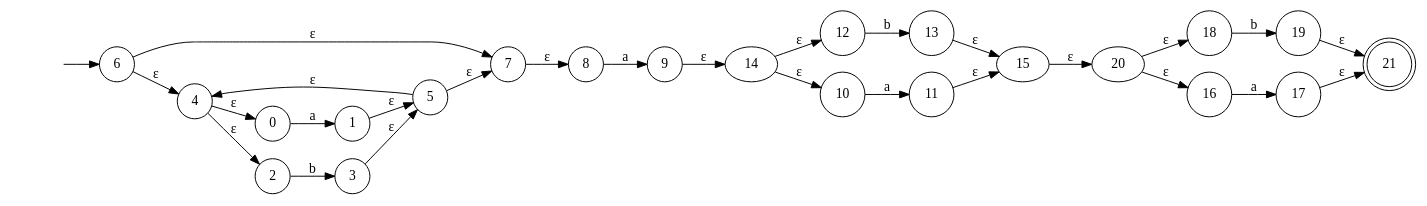
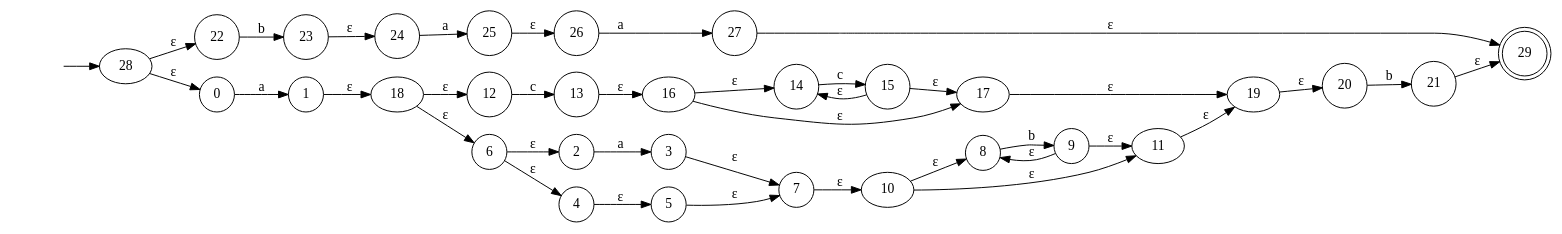
The diagram in NFA.gv (oscarparedez/compiler-project-1), drawn with Graphviz before and after one commit. The commit also changed 8 other files, not shown here.

```diff
--- a/NFA.gv
+++ b/NFA.gv
@@ -1,50 +1,64 @@
 digraph NFA {
 	graph [rankdir=LR]
 	"" [label="" shape=plaintext]
-	21 [label=21 shape=doublecircle]
+	29 [label=29 shape=doublecircle]
+	20 [label=20 shape=circle]
+	8 [label=8 shape=circle]
+	25 [label=25 shape=circle]
+	21 [label=21 shape=circle]
+	27 [label=27 shape=circle]
+	12 [label=12 shape=circle]
+	15 [label=15 shape=circle]
+	9 [label=9 shape=circle]
 	6 [label=6 shape=circle]
-	9 [label=9 shape=circle]
+	24 [label=24 shape=circle]
+	14 [label=14 shape=circle]
 	7 [label=7 shape=circle]
-	18 [label=18 shape=circle]
-	16 [label=16 shape=circle]
+	2 [label=2 shape=circle]
+	13 [label=13 shape=circle]
+	5 [label=5 shape=circle]
+	3 [label=3 shape=circle]
 	1 [label=1 shape=circle]
+	23 [label=23 shape=circle]
+	4 [label=4 shape=circle]
+	22 [label=22 shape=circle]
 	0 [label=0 shape=circle]
-	3 [label=3 shape=circle]
-	13 [label=13 shape=circle]
-	19 [label=19 shape=circle]
-	12 [label=12 shape=circle]
-	11 [label=11 shape=circle]
-	10 [label=10 shape=circle]
-	2 [label=2 shape=circle]
-	17 [label=17 shape=circle]
-	5 [label=5 shape=circle]
-	8 [label=8 shape=circle]
-	4 [label=4 shape=circle]
-	"" -> 6 [label=""]
-	15 -> 20 [label="ε"]
-	9 -> 14 [label="ε"]
-	7 -> 8 [label="ε"]
-	6 -> 7 [label="ε"]
+	26 [label=26 shape=circle]
+	"" -> 28 [label=""]
+	28 -> 22 [label="ε"]
+	28 -> 0 [label="ε"]
+	21 -> 29 [label="ε"]
+	27 -> 29 [label="ε"]
+	19 -> 20 [label="ε"]
+	1 -> 18 [label="ε"]
+	0 -> 1 [label=a]
+	18 -> 12 [label="ε"]
+	18 -> 6 [label="ε"]
+	11 -> 19 [label="ε"]
+	17 -> 19 [label="ε"]
+	7 -> 10 [label="ε"]
+	6 -> 2 [label="ε"]
 	6 -> 4 [label="ε"]
+	3 -> 7 [label="ε"]
 	5 -> 7 [label="ε"]
-	5 -> 4 [label="ε"]
-	4 -> 2 [label="ε"]
-	4 -> 0 [label="ε"]
-	1 -> 5 [label="ε"]
-	3 -> 5 [label="ε"]
-	0 -> 1 [label=a]
-	2 -> 3 [label=b]
-	8 -> 9 [label=a]
-	14 -> 12 [label="ε"]
-	14 -> 10 [label="ε"]
-	11 -> 15 [label="ε"]
-	13 -> 15 [label="ε"]
-	10 -> 11 [label=a]
-	12 -> 13 [label=b]
-	20 -> 16 [label="ε"]
-	20 -> 18 [label="ε"]
-	17 -> 21 [label="ε"]
-	19 -> 21 [label="ε"]
-	16 -> 17 [label=a]
-	18 -> 19 [label=b]
+	2 -> 3 [label=a]
+	4 -> 5 [label="ε"]
+	10 -> 8 [label="ε"]
+	10 -> 11 [label="ε"]
+	9 -> 8 [label="ε"]
+	9 -> 11 [label="ε"]
+	8 -> 9 [label=b]
+	13 -> 16 [label="ε"]
+	12 -> 13 [label=c]
+	16 -> 14 [label="ε"]
+	16 -> 17 [label="ε"]
+	15 -> 14 [label="ε"]
+	15 -> 17 [label="ε"]
+	14 -> 15 [label=c]
+	20 -> 21 [label=b]
+	25 -> 26 [label="ε"]
+	23 -> 24 [label="ε"]
+	22 -> 23 [label=b]
+	24 -> 25 [label=a]
+	26 -> 27 [label=a]
 }
```
